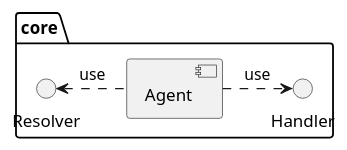
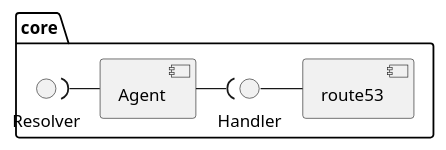
Before and after one commit to csocquet/route53-dyndns-agent: the diagram in components.puml, drawn with PlantUML. The commit also changed 7 other files, not shown here.

Commit message:
Core Route53Handler WIP

```diff
--- a/components.puml
+++ b/components.puml
@@ -1,8 +1,15 @@
 @startuml
 'https://plantuml.com/component-diagram
 
 package core {
-     Resolver <. [Agent] : use
-    [Agent] .> Handler : use
+    component Agent
+    interface Resolver
+    interface Handler
+
+    Resolver )- Agent
+    Agent -( Handler
+
+    component route53
+    Handler - route53
 }
 @enduml
```
